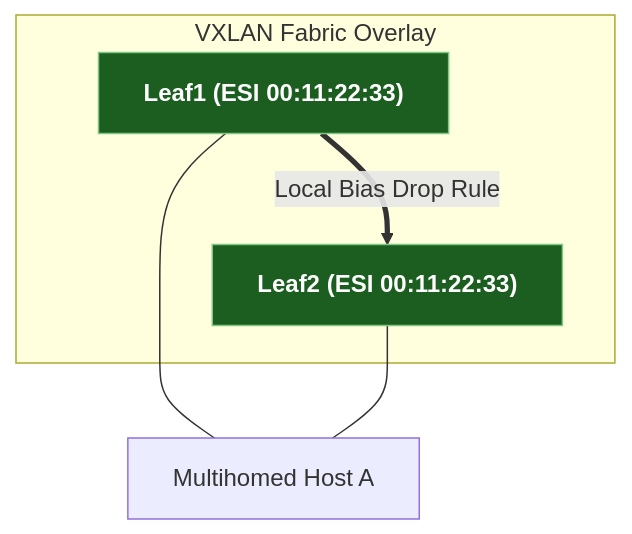
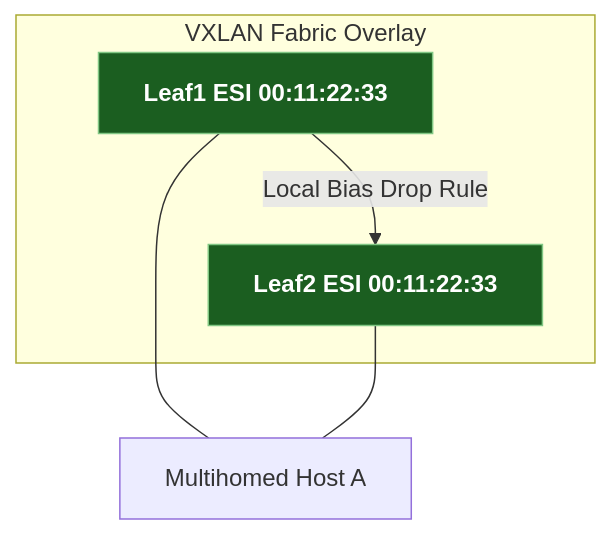
Before and after one commit to etherhtun/netforge-labs: the fourth of 5 diagrams in docs/interview-prep/google-system-design.md, drawn with Mermaid. The commit also changed other lines of this file, not shown here.

Commit message:
fix(mermaid): update Mermaid syntax in google-system-design.md for 100% compatibility with Mermaid v11.16.1

````diff
--- a/docs/interview-prep/google-system-design.md
+++ b/docs/interview-prep/google-system-design.md
@@ -146,16 +146,16 @@
 ```mermaid
 graph TD
     subgraph FABRIC["VXLAN Fabric Overlay"]
-      L1["Leaf1 (ESI 00:11:22:33)"]
-      L2["Leaf2 (ESI 00:11:22:33)"]
+      L1["Leaf1 ESI 00:11:22:33"]
+      L2["Leaf2 ESI 00:11:22:33"]
     end
 
     HOST["Multihomed Host A"]
     L1 --- HOST
     L2 --- HOST
 
-    L1 ==>|Local Bias Drop Rule| L2
+    L1 -->|Local Bias Drop Rule| L2
 
     classDef leaf fill:#1b5e20,stroke:#81c784,color:#ffffff,font-weight:bold;
     class L1,L2 leaf;
 ```
````
